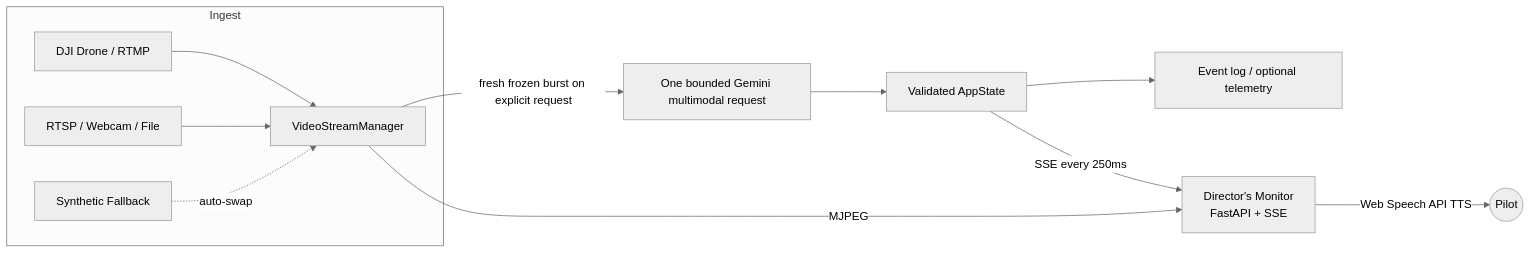
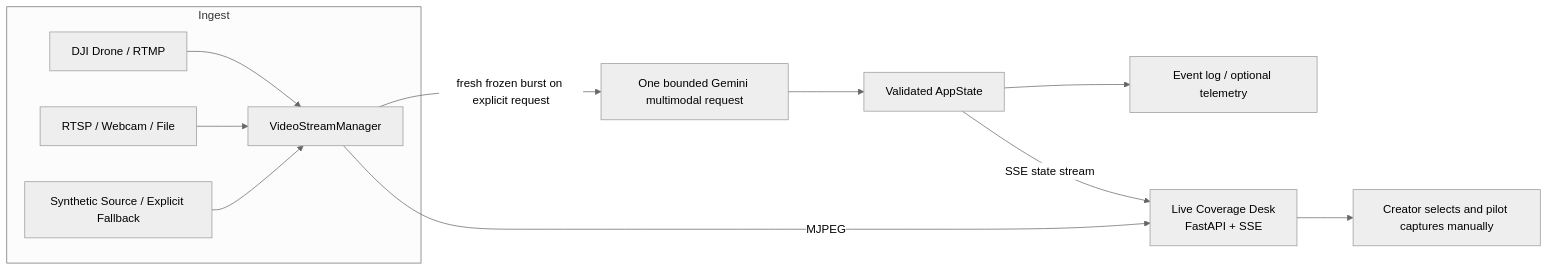
One commit to dutraa/cinepilot changed the diagram in README.md. Above: the diagram before and after it, drawn with Mermaid (neutral theme). The commit also changed other lines of this file, not shown here.

````diff
--- a/README.md
+++ b/README.md
@@ -49,16 +53,16 @@
 ```mermaid
 flowchart LR
     subgraph Ingest
         A[DJI Drone / RTMP] --> V[VideoStreamManager]
         B[RTSP / Webcam / File] --> V
-        C[Synthetic Fallback] -.auto-swap.-> V
+        C[Synthetic Source / Explicit Fallback] --> V
     end
 
     V -- "fresh frozen burst on explicit request" --> G[One bounded Gemini multimodal request]
     G --> S[Validated AppState]
     S --> L[Event log / optional telemetry]
 
-    V -- MJPEG --> W[Director's Monitor<br/>FastAPI + SSE]
-    S -- "SSE every 250ms" --> W
-    W -- "Web Speech API TTS" --> P((Pilot))
+    V -- MJPEG --> W[Live Coverage Desk<br/>FastAPI + SSE]
+    S -- "SSE state stream" --> W
+    W --> P[Creator selects and pilot captures manually]
 ```
````
